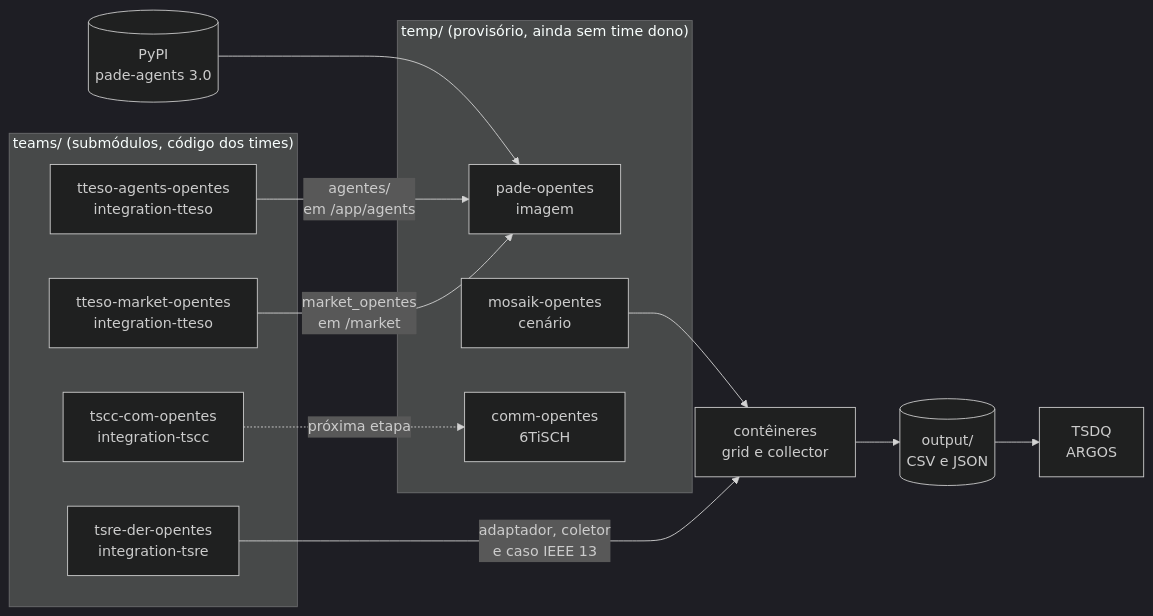
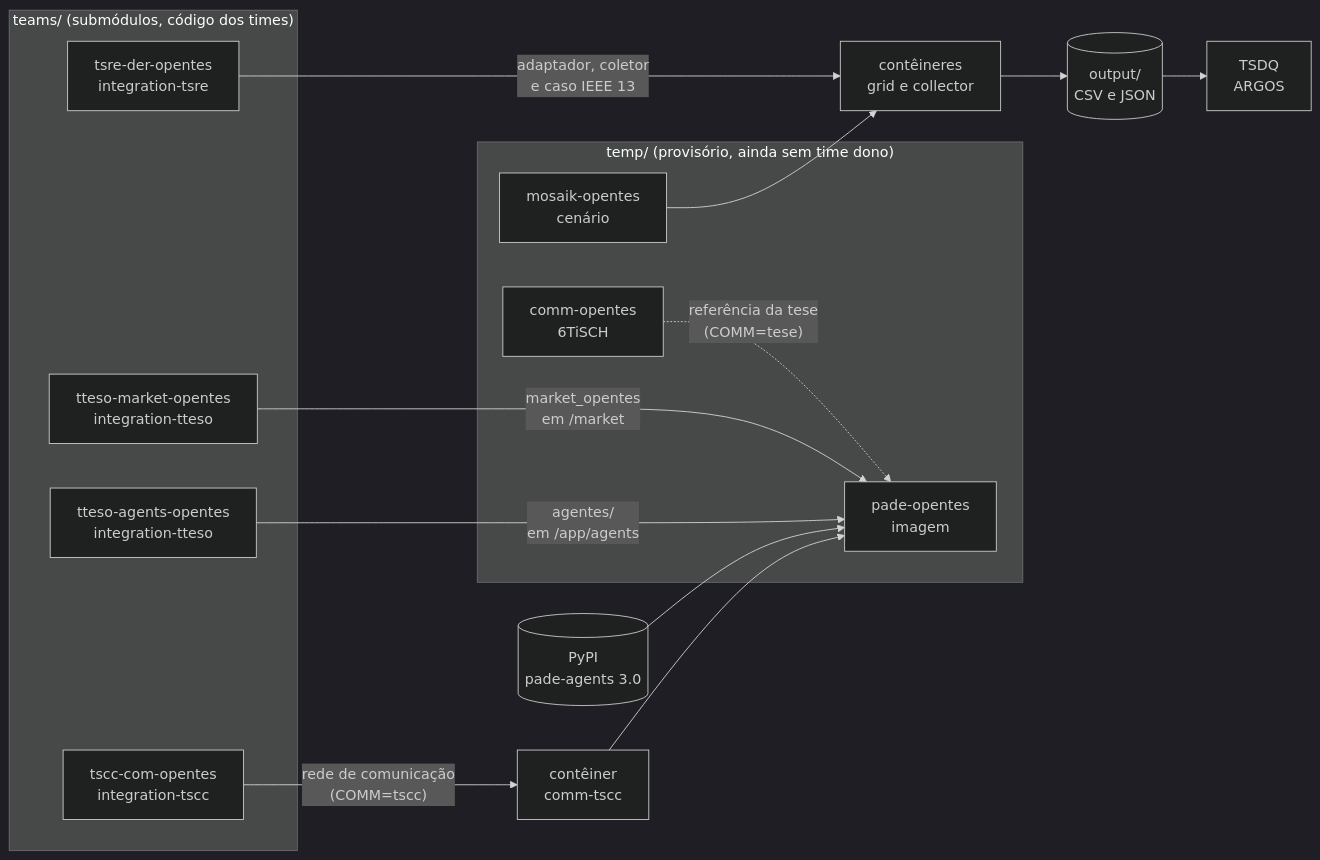
The diagram in docs/explanation/repositories.md (grei-ufc/co-simulation-opentes), drawn with Mermaid (dark theme) before and after one commit. The commit also changed other lines of this file and 10 other files, not shown here.

First line of the commit message:
Rede de comunicacao do TSCC e solver robusto do mercado

````diff
--- a/docs/explanation/repositories.md
+++ b/docs/explanation/repositories.md
@@ -12,22 +12,24 @@
 ```mermaid
 flowchart LR
     subgraph teams["teams/ (submódulos, código dos times)"]
         T1[tsre-der-opentes<br/>integration-tsre]
         T2[tteso-market-opentes<br/>integration-tteso]
         T3[tteso-agents-opentes<br/>integration-tteso]
         T4[tscc-com-opentes<br/>integration-tscc]
     end
     subgraph sim["temp/ (provisório, ainda sem time dono)"]
         P[pade-opentes<br/>imagem]
         M[mosaik-opentes<br/>cenário]
         C[comm-opentes<br/>6TiSCH]
     end
     T1 -- "adaptador, coletor<br/>e caso IEEE 13" --> GC[contêineres<br/>grid e collector]
     GC --> R
     T2 -- "market_opentes<br/>em /market" --> P
     T3 -- "agentes/<br/>em /app/agents" --> P
-    T4 -. "próxima etapa" .-> C
+    T4 -- "rede de comunicação<br/>(COMM=tscc)" --> CT[contêiner<br/>comm-tscc]
+    CT --> P
+    C -. "referência da tese<br/>(COMM=tese)" .-> P
     PyPI[(PyPI<br/>pade-agents 3.0)] --> P
     M --> GC
     R[(output/<br/>CSV e JSON)] --> D[TSDQ<br/>ARGOS]
 ```
````
